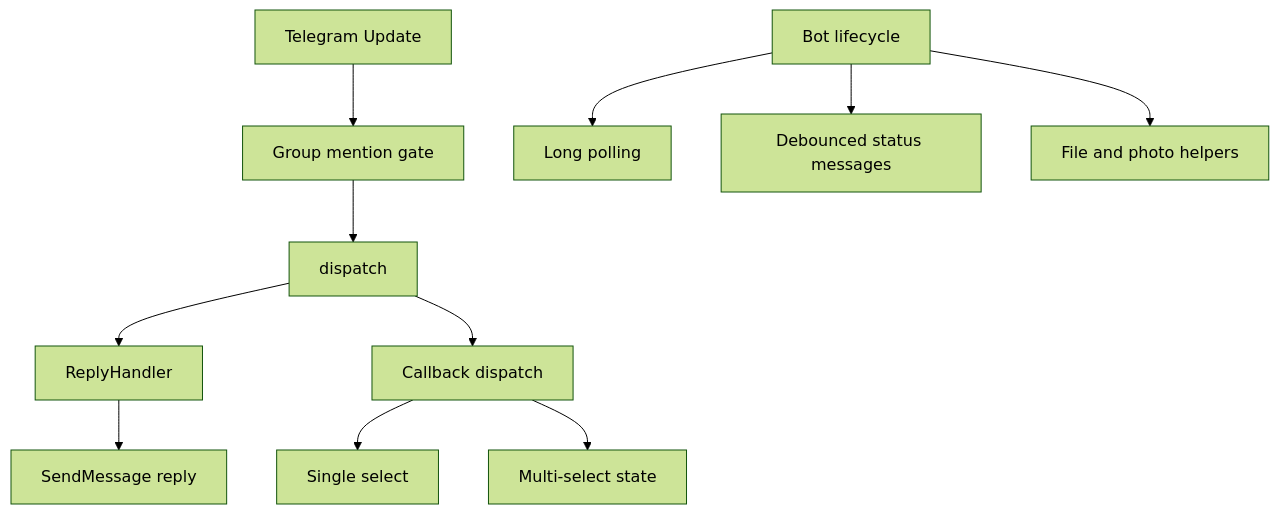
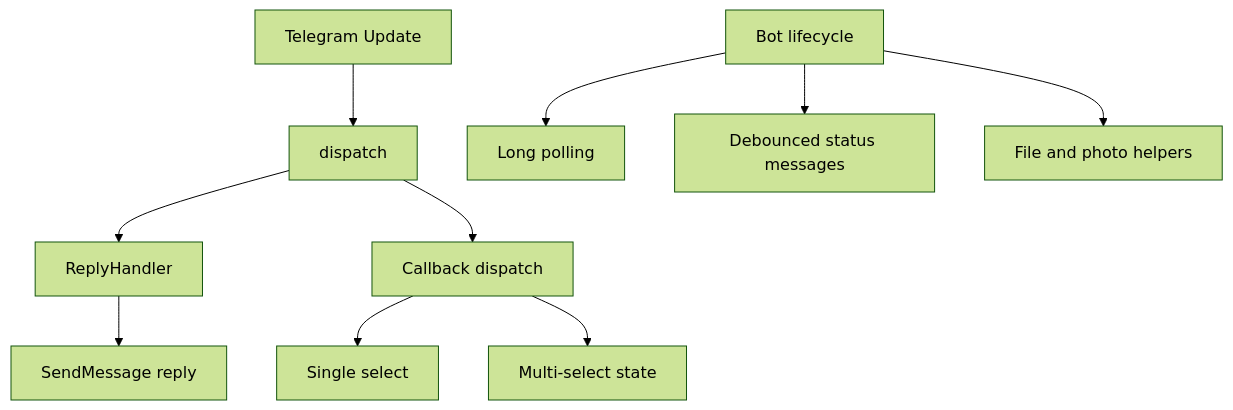
One commit to pardnchiu/go-bot changed the second of 6 diagrams in doc/architecture.md. Above: the diagram before and after it, drawn with Mermaid (forest theme). The commit also changed other lines of this file and 5 other files, not shown here.

Commit message:
doc: Drop TTS and mention-gate documentation that no longer matches the code

````diff
--- a/doc/architecture.md
+++ b/doc/architecture.md
@@ -29,13 +24,12 @@
 ```mermaid
 graph TB
-    Update[Telegram Update] --> Gate[Group mention gate]
-    Gate --> Dispatch[dispatch]
+    Update[Telegram Update] --> Dispatch[dispatch]
     Dispatch --> Handler[ReplyHandler]
     Handler --> Reply[SendMessage reply]
     Dispatch --> Callback[Callback dispatch]
     Callback --> Single[Single select]
     Callback --> Multi[Multi-select state]
     Bot[Bot lifecycle] --> Poll[Long polling]
     Bot --> Status[Debounced status messages]
     Bot --> Media[File and photo helpers]
 ```
````
